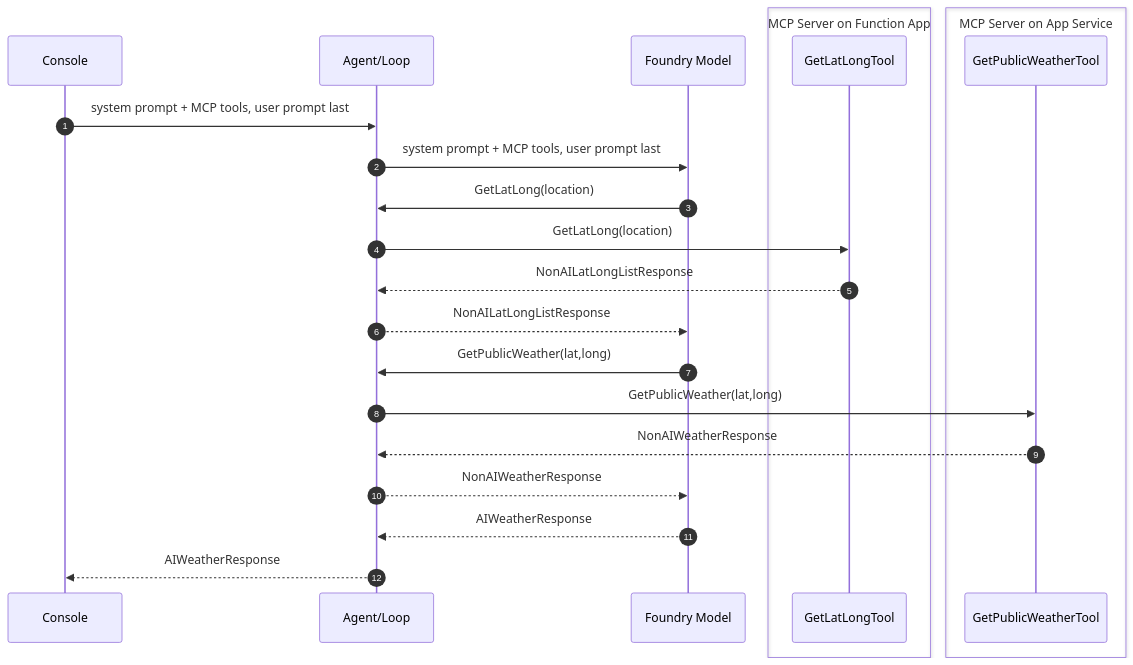
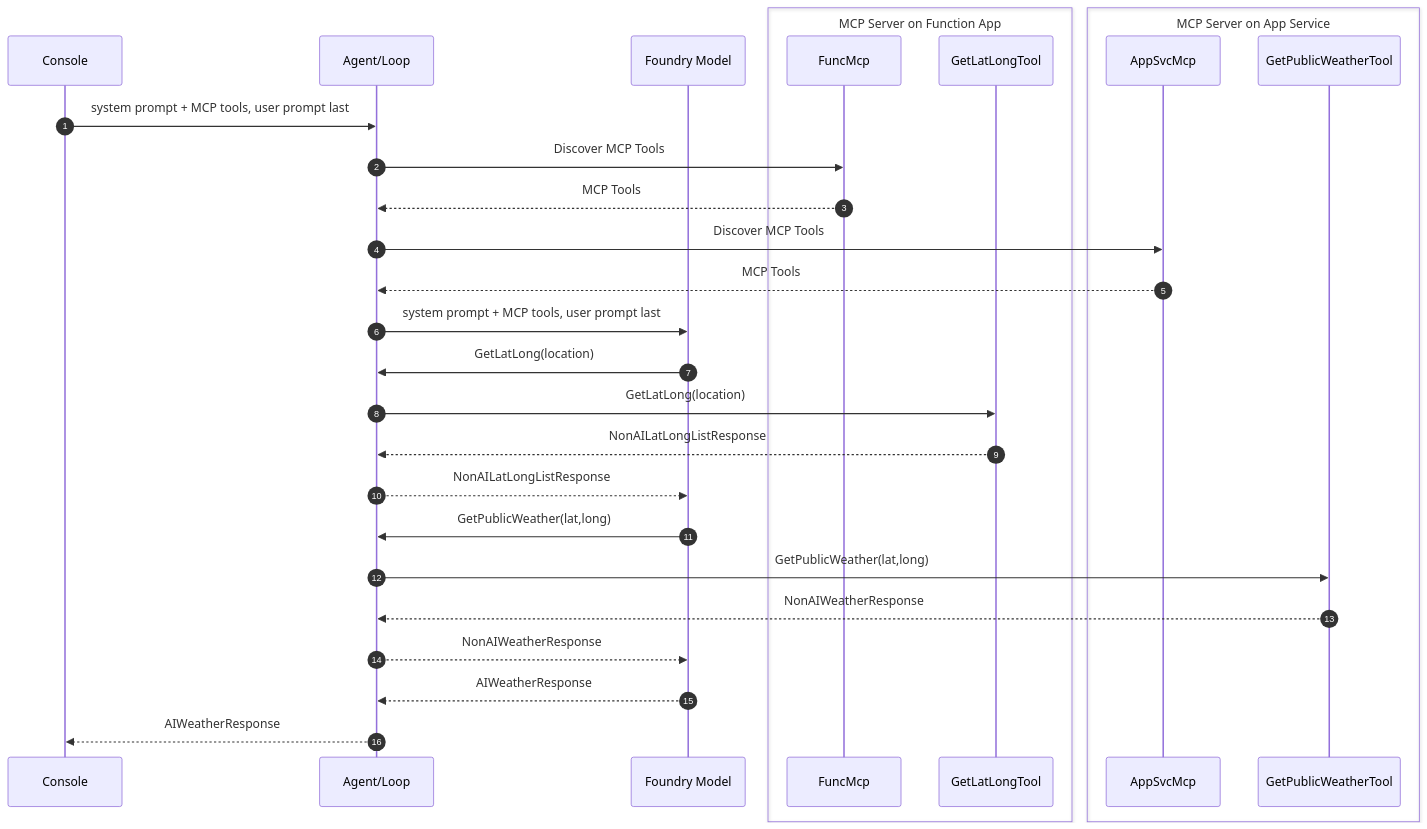
Before and after one commit to dustinkorzaan/weather-1116: the sixth of 8 diagrams in docs/4-demystifying-foundry-agents-mcp/demystifying-foundry-agents-mcp.md, drawn with Mermaid. The commit also changed other lines of this file and 6 other files, not shown here.

````diff
--- a/docs/4-demystifying-foundry-agents-mcp/demystifying-foundry-agents-mcp.md
+++ b/docs/4-demystifying-foundry-agents-mcp/demystifying-foundry-agents-mcp.md
@@ -173,26 +174,32 @@
   ```mermaid
   sequenceDiagram
       autonumber
       participant Console
       participant AppLoop as Agent/Loop
       participant Model as Foundry Model
       box MCP Server on Function App
+          participant FuncMcp
           participant GetLatLongTool
       end
       box MCP Server on App Service
+          participant AppSvcMcp
           participant GetPublicWeatherTool
       end
 
       Console->>AppLoop: system prompt + MCP tools, user prompt last
+      AppLoop->>FuncMcp: Discover MCP Tools
+      FuncMcp-->>AppLoop: MCP Tools
+      AppLoop->>AppSvcMcp: Discover MCP Tools
+      AppSvcMcp-->>AppLoop: MCP Tools
       AppLoop->>Model: system prompt + MCP tools, user prompt last
       Model->>AppLoop: GetLatLong(location)
       AppLoop->>GetLatLongTool: GetLatLong(location)
       GetLatLongTool-->>AppLoop: NonAILatLongListResponse
       AppLoop-->>Model: NonAILatLongListResponse
       Model->>AppLoop: GetPublicWeather(lat,long)
       AppLoop->>GetPublicWeatherTool: GetPublicWeather(lat,long)
       GetPublicWeatherTool-->>AppLoop: NonAIWeatherResponse
       AppLoop-->>Model: NonAIWeatherResponse
       Model-->>AppLoop: AIWeatherResponse
       AppLoop-->>Console: AIWeatherResponse
   ```
````
